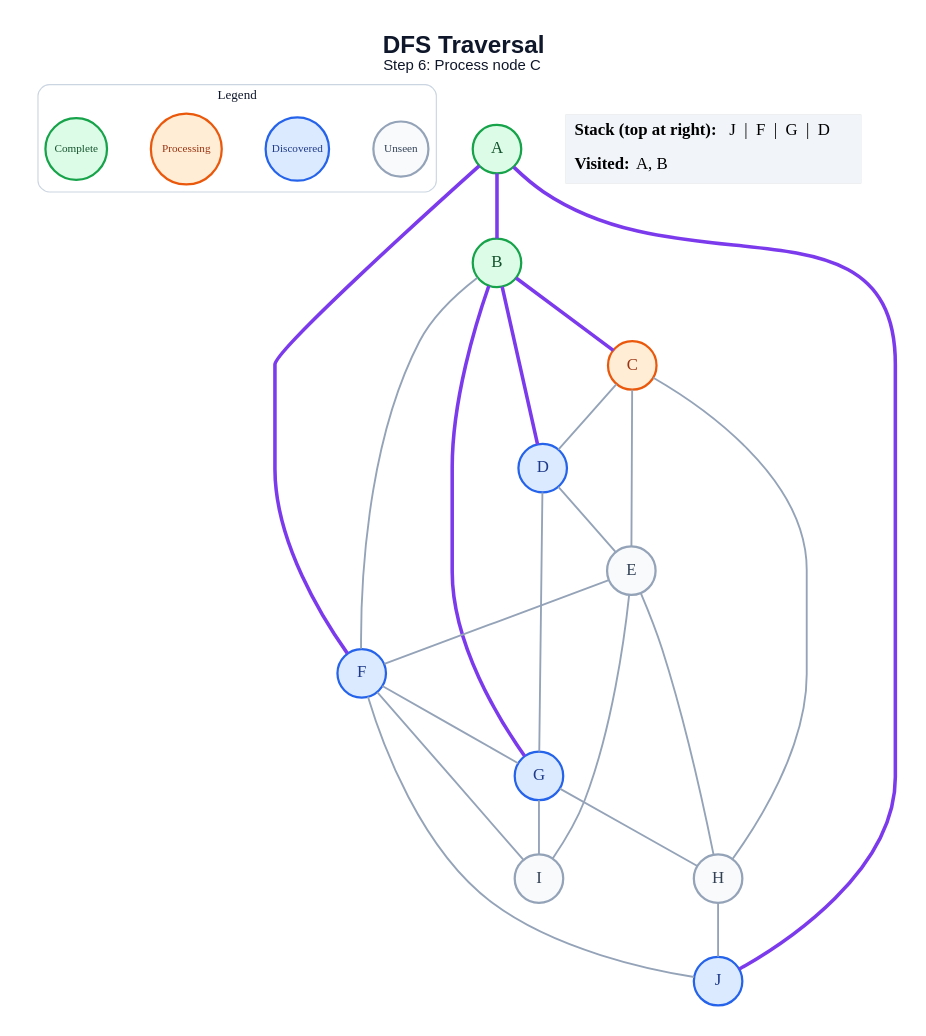
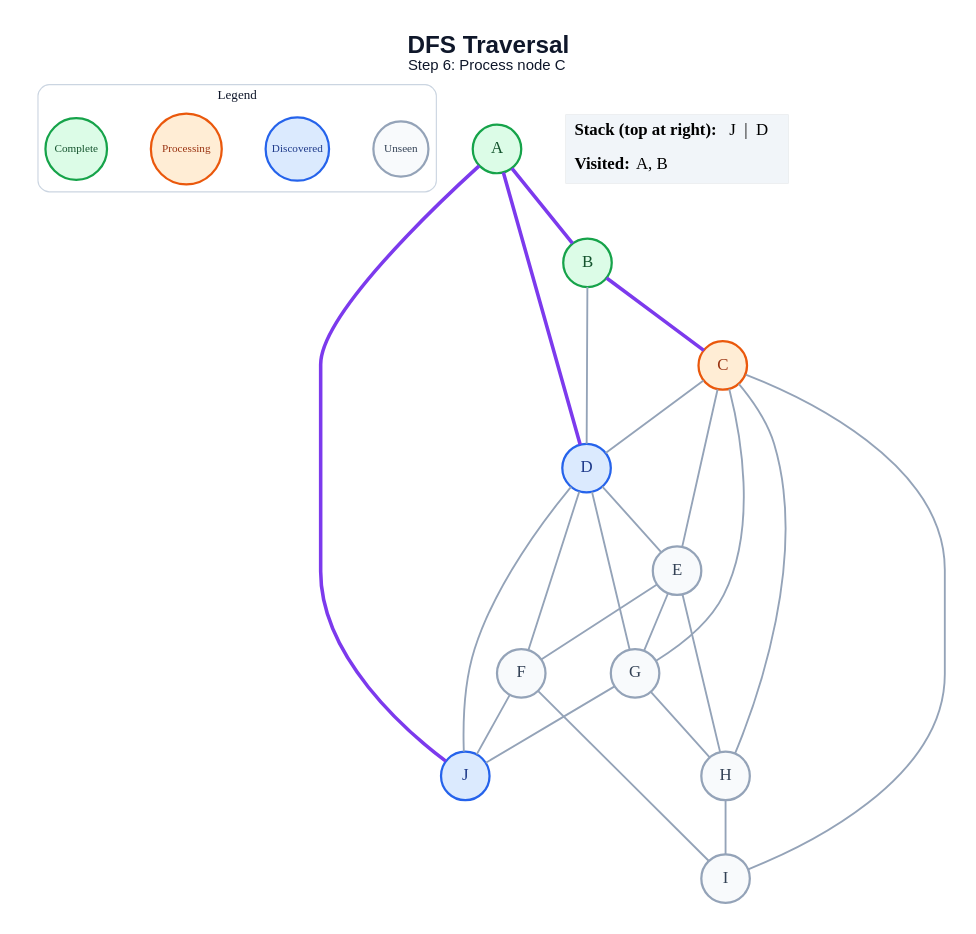
One commit to anon7238593-create/ai-slop changed the diagram in generated/dfs/step_06.dot. Above: the diagram before and after it, drawn with Graphviz. The commit also changed 171 other files, not shown here.

```diff
--- a/generated/dfs/step_06.dot
+++ b/generated/dfs/step_06.dot
@@ -1,50 +1,51 @@
 graph traversal {
   graph [layout=dot, rankdir=TB, bgcolor="#FFFFFF", pad="0.35", nodesep="0.65", ranksep="0.8", fontname="Arial"];
   node [shape=circle, style="filled", fontname="Arial Bold", fontsize=18, width=0.72, fixedsize=true, penwidth=2.4];
   edge [color="#94A3B8", penwidth=2.0];
   label=<<B>DFS Traversal</B><BR/><FONT POINT-SIZE="16">Step 6: Process node C</FONT>>; labelloc="t"; fontsize=26; fontname="Arial"; fontcolor="#0F172A";
   subgraph cluster_legend { label="Legend"; color="#CBD5E1"; penwidth=1.2; style="rounded"; fontsize=14; fontname="Arial Bold";
     key_unseen [label="Unseen", fillcolor="#F8FAFC", color="#94A3B8", fontcolor="#334155", fontsize=12, width=0.82];
     key_frontier [label="Discovered", fillcolor="#DBEAFE", color="#2563EB", fontcolor="#1E3A8A", fontsize=12, width=0.95];
     key_current [label="Processing", fillcolor="#FFEDD5", color="#EA580C", fontcolor="#9A3412", fontsize=12, width=1.05];
     key_done [label="Complete", fillcolor="#DCFCE7", color="#16A34A", fontcolor="#14532D", fontsize=12, width=0.92];
     { rank=same; key_unseen; key_frontier; key_current; key_done; }
   }
   A [fillcolor="#DCFCE7", color="#16A34A", fontcolor="#14532D"];
   B [fillcolor="#DCFCE7", color="#16A34A", fontcolor="#14532D"];
   C [fillcolor="#FFEDD5", color="#EA580C", fontcolor="#9A3412"];
   D [fillcolor="#DBEAFE", color="#2563EB", fontcolor="#1E3A8A"];
   E [fillcolor="#F8FAFC", color="#94A3B8", fontcolor="#334155"];
-  F [fillcolor="#DBEAFE", color="#2563EB", fontcolor="#1E3A8A"];
-  G [fillcolor="#DBEAFE", color="#2563EB", fontcolor="#1E3A8A"];
+  F [fillcolor="#F8FAFC", color="#94A3B8", fontcolor="#334155"];
+  G [fillcolor="#F8FAFC", color="#94A3B8", fontcolor="#334155"];
   H [fillcolor="#F8FAFC", color="#94A3B8", fontcolor="#334155"];
   I [fillcolor="#F8FAFC", color="#94A3B8", fontcolor="#334155"];
   J [fillcolor="#DBEAFE", color="#2563EB", fontcolor="#1E3A8A"];
   A -- B [color="#7C3AED", penwidth=3.8];
-  A -- F [color="#7C3AED", penwidth=3.8];
+  A -- D [color="#7C3AED", penwidth=3.8];
   A -- J [color="#7C3AED", penwidth=3.8];
   B -- C [color="#7C3AED", penwidth=3.8];
-  B -- D [color="#7C3AED", penwidth=3.8];
-  B -- F;
-  B -- G [color="#7C3AED", penwidth=3.8];
+  B -- D;
   C -- D;
   C -- E;
+  C -- G;
   C -- H;
+  C -- I;
   D -- E;
+  D -- F;
   D -- G;
+  D -- J;
   E -- F;
+  E -- G;
   E -- H;
-  E -- I;
-  F -- G;
   F -- I;
   F -- J;
   G -- H;
-  G -- I;
-  H -- J;
+  G -- J;
+  H -- I;
   status [shape=plain, fixedsize=false, width=0, height=0, margin=0, label=<
     <TABLE BORDER="0" CELLBORDER="0" CELLPADDING="7" BGCOLOR="#F1F5F9">
-      <TR><TD ALIGN="LEFT"><B>Stack (top at right):</B> J  |  F  |  G  |  D</TD></TR>
+      <TR><TD ALIGN="LEFT"><B>Stack (top at right):</B> J  |  D</TD></TR>
       <TR><TD ALIGN="LEFT"><B>Visited:</B> A, B</TD></TR>
     </TABLE>
   >];
 }
```
